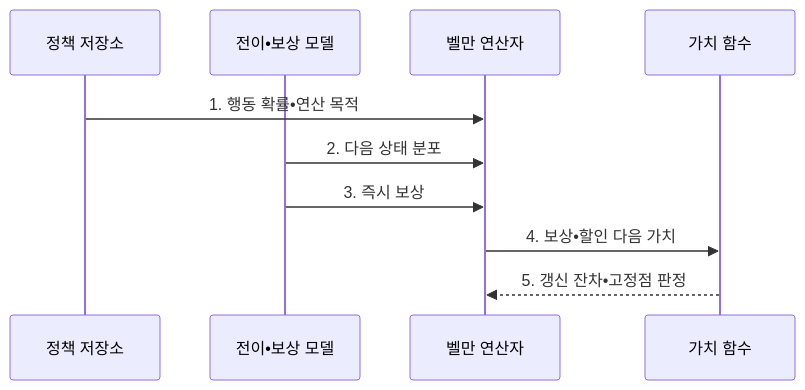
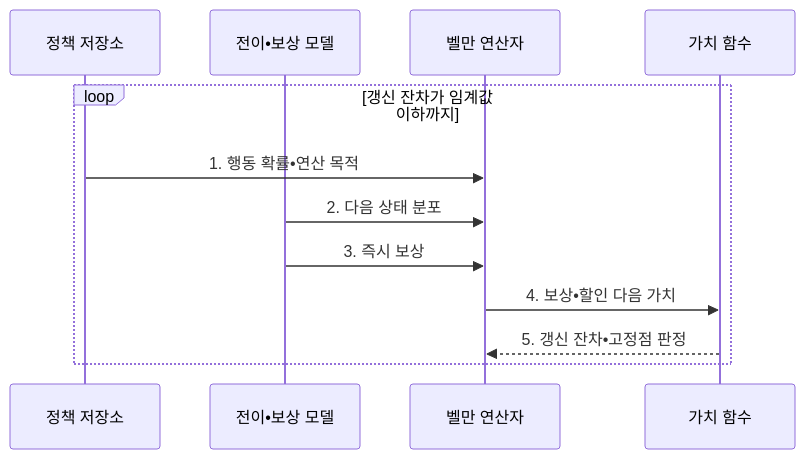
One commit to agnusdei1207/knowledge-base changed the second of 2 diagrams in src/content/docs/notes/08-latest-tech/097_bellman_equation.md. Above: the diagram before and after it, drawn with Mermaid. The commit also changed other lines of this file and 13 other files, not shown here.

````diff
--- a/src/content/docs/notes/08-latest-tech/097_bellman_equation.md
+++ b/src/content/docs/notes/08-latest-tech/097_bellman_equation.md
@@ -108,12 +108,14 @@
 ```mermaid
 sequenceDiagram
   participant P as 정책 저장소
   participant E as 전이•보상 모델
   participant O as 벨만 연산자
   participant V as 가치 함수
-  P->>O: 1. 행동 확률•연산 목적
-  E->>O: 2. 다음 상태 분포
-  E->>O: 3. 즉시 보상
-  O->>V: 4. 보상•할인 다음 가치
-  V-->>O: 5. 갱신 잔차•고정점 판정
+  loop 갱신 잔차가 임계값 이하까지
+    P->>O: 1. 행동 확률•연산 목적
+    E->>O: 2. 다음 상태 분포
+    E->>O: 3. 즉시 보상
+    O->>V: 4. 보상•할인 다음 가치
+    V-->>O: 5. 갱신 잔차•고정점 판정
+  end
 ```
````
